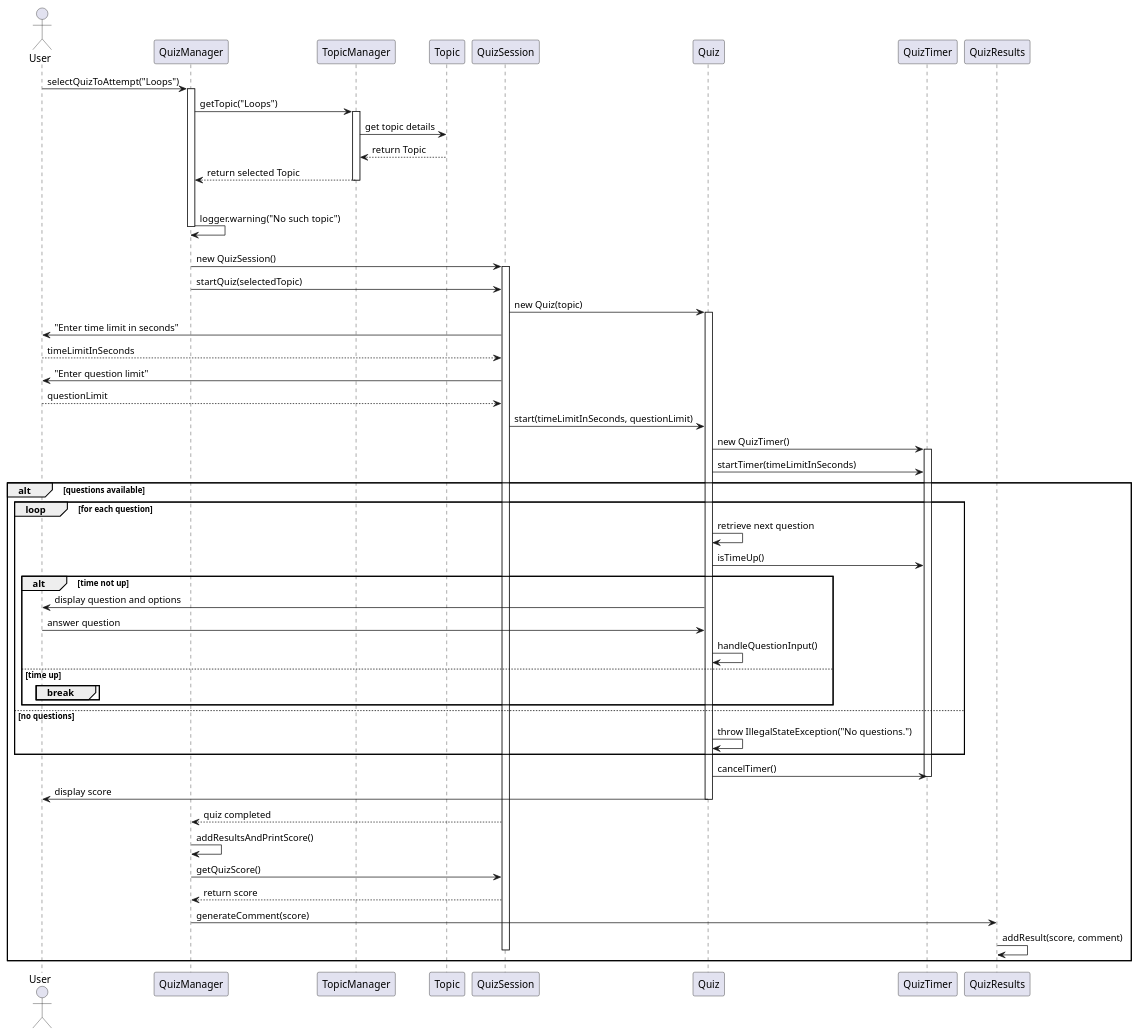
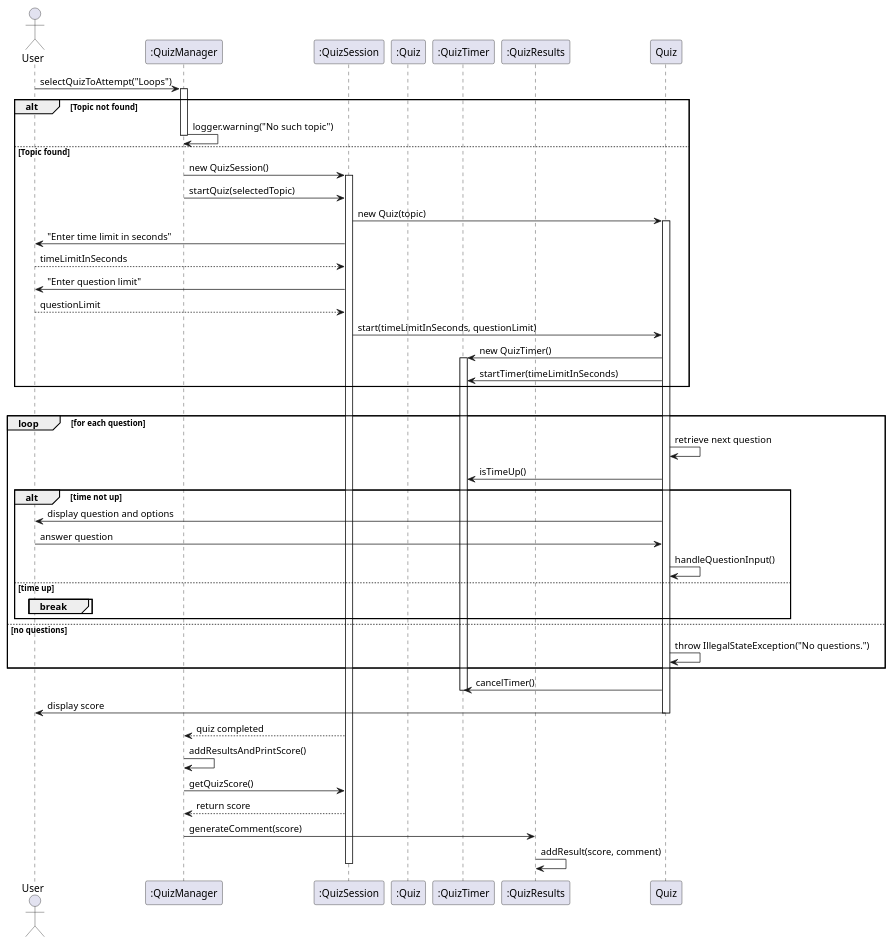
The diagram in docs/UML/puml-files/QuizManagerSequenceDiagram.puml (nus-cs2113-AY2425S1/tp), drawn with PlantUML before and after one commit. The commit also changed 8 other files, not shown here.

```diff
--- a/docs/UML/puml-files/QuizManagerSequenceDiagram.puml
+++ b/docs/UML/puml-files/QuizManagerSequenceDiagram.puml
@@ -1,79 +1,69 @@
 @startuml
 
 actor User
 
-participant QuizManager as QM
-participant TopicManager as TM
-participant Topic
-participant QuizSession as QS
-participant Quiz
-participant QuizTimer as QT
-participant QuizResults as QR
+participant ":QuizManager" as QM
+participant ":QuizSession" as QS
+participant ":Quiz"
+participant ":QuizTimer" as QT
+participant ":QuizResults" as QR
 
 User -> QM : selectQuizToAttempt("Loops")
 activate QM
-
-QM -> TM : getTopic("Loops")
-activate TM
-TM -> Topic : get topic details
-Topic --> TM : return Topic
-deactivate Topic
-TM --> QM : return selected Topic
-deactivate TM
 
 alt Topic not found
     QM -> QM : logger.warning("No such topic")
     deactivate QM
 else Topic found
     QM -> QS : new QuizSession()
     activate QS
     QM -> QS : startQuiz(selectedTopic)
 
     QS -> Quiz : new Quiz(topic)
     activate Quiz
 
     QS -> User : "Enter time limit in seconds"
     User --> QS : timeLimitInSeconds
 
     QS -> User : "Enter question limit"
     User --> QS : questionLimit
 
     QS -> Quiz : start(timeLimitInSeconds, questionLimit)
 
     Quiz -> QT : new QuizTimer()
     activate QT
     Quiz -> QT : startTimer(timeLimitInSeconds)
+end
 
-    alt questions available
-        loop for each question
-            Quiz -> Quiz : retrieve next question
-            Quiz -> QT : isTimeUp()
-            alt time not up
-                Quiz -> User : display question and options
-                User -> Quiz : answer question
-                Quiz -> Quiz : handleQuestionInput()
-            else time up
-                break
-            end
+alt questions available
+    loop for each question
+        Quiz -> Quiz : retrieve next question
+        Quiz -> QT : isTimeUp()
+        alt time not up
+            Quiz -> User : display question and options
+            User -> Quiz : answer question
+            Quiz -> Quiz : handleQuestionInput()
+        else time up
+            break
         end
-    else no questions
-        Quiz -> Quiz : throw IllegalStateException("No questions.")
     end
+else no questions
+    Quiz -> Quiz : throw IllegalStateException("No questions.")
+end
 
-    Quiz -> QT : cancelTimer()
-    deactivate QT
-    Quiz -> User : display score
-    deactivate Quiz
+Quiz -> QT : cancelTimer()
+deactivate QT
+Quiz -> User : display score
+deactivate Quiz
 
-    QS --> QM : quiz completed
-    QM -> QM : addResultsAndPrintScore()
-    QM -> QS : getQuizScore()
-    QS --> QM : return score
-    QM -> QR : generateComment(score)
-    QR -> QR : addResult(score, comment)
-    deactivate QS
-end
+QS --> QM : quiz completed
+QM -> QM : addResultsAndPrintScore()
+QM -> QS : getQuizScore()
+QS --> QM : return score
+QM -> QR : generateComment(score)
+QR -> QR : addResult(score, comment)
+deactivate QS
 
 deactivate QM
 
 @enduml
```
